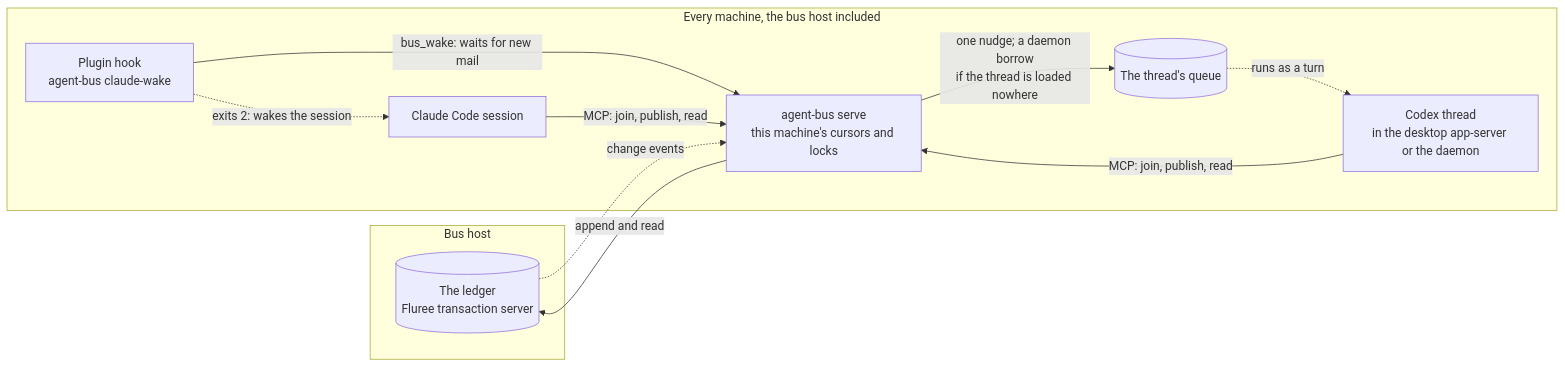
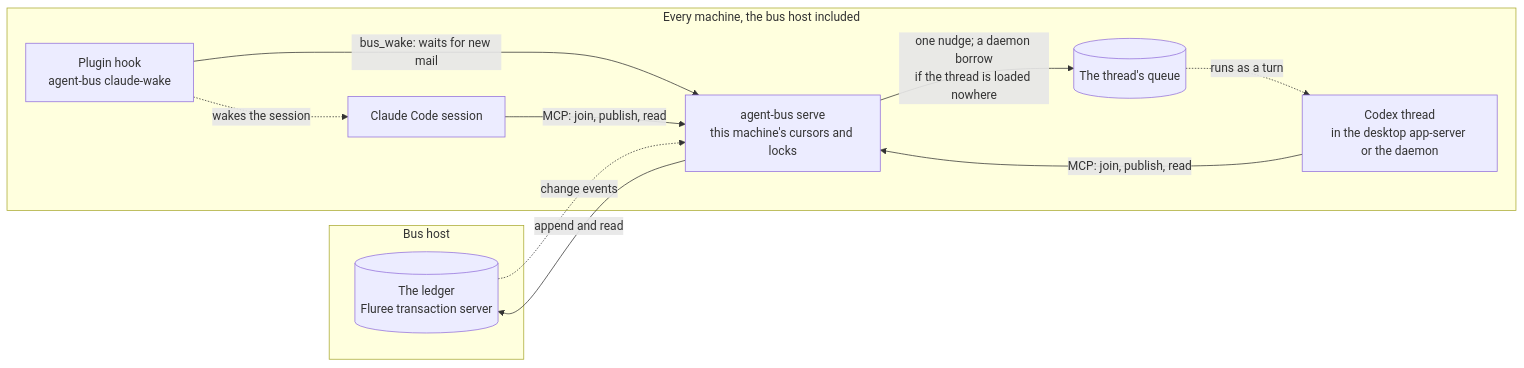
One commit to rawr-ai/agent-bus changed the diagram in docs/overview.md. Above: the diagram before and after it, drawn with Mermaid. The commit also changed other lines of this file and 8 other files, not shown here.

````diff
--- a/docs/overview.md
+++ b/docs/overview.md
@@ -18,21 +18,21 @@
 ```mermaid
 flowchart LR
   subgraph host["Bus host"]
     ledger[("The ledger<br/>Fluree transaction server")]
   end
   subgraph machine["Every machine, the bus host included"]
     serve["agent-bus serve<br/>this machine's cursors and locks"]
     claude["Claude Code session"]
     hook["Plugin hook<br/>agent-bus claude-wake"]
     codex["Codex thread<br/>in the desktop app-server or the daemon"]
     queue[("The thread's queue")]
   end
   serve -- "append and read" --> ledger
   ledger -.->|"change events"| serve
   claude -- "MCP: join, publish, read" --> serve
   codex -- "MCP: join, publish, read" --> serve
   hook -- "bus_wake: waits for new mail" --> serve
-  hook -.->|"exits 2: wakes the session"| claude
+  hook -.->|"wakes the session"| claude
   serve -- "one nudge; a daemon borrow<br/>if the thread is loaded nowhere" --> queue
   queue -.->|"runs as a turn"| codex
 ```
````
